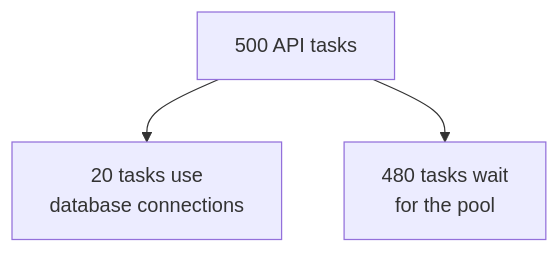
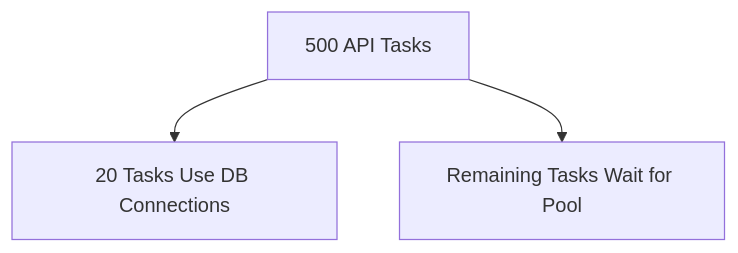
Before and after one commit to AvadhBhalodiya/Interview-Preparation: the fifth of 8 diagrams in src/content/fastapi/async-endpoints.md, drawn with Mermaid. The commit also changed other lines of this file and 80 other files, not shown here.

````diff
--- a/src/content/fastapi/async-endpoints.md
+++ b/src/content/fastapi/async-endpoints.md
@@ -819,5 +339,5 @@
 ```mermaid
 flowchart TD
-    A[500 API tasks] --> B[20 tasks use<br/>database connections]
-    A --> C[480 tasks wait<br/>for the pool]
+    A[500 API Tasks] --> B[20 Tasks Use DB Connections]
+    A --> C[Remaining Tasks Wait for Pool]
 ```
````
